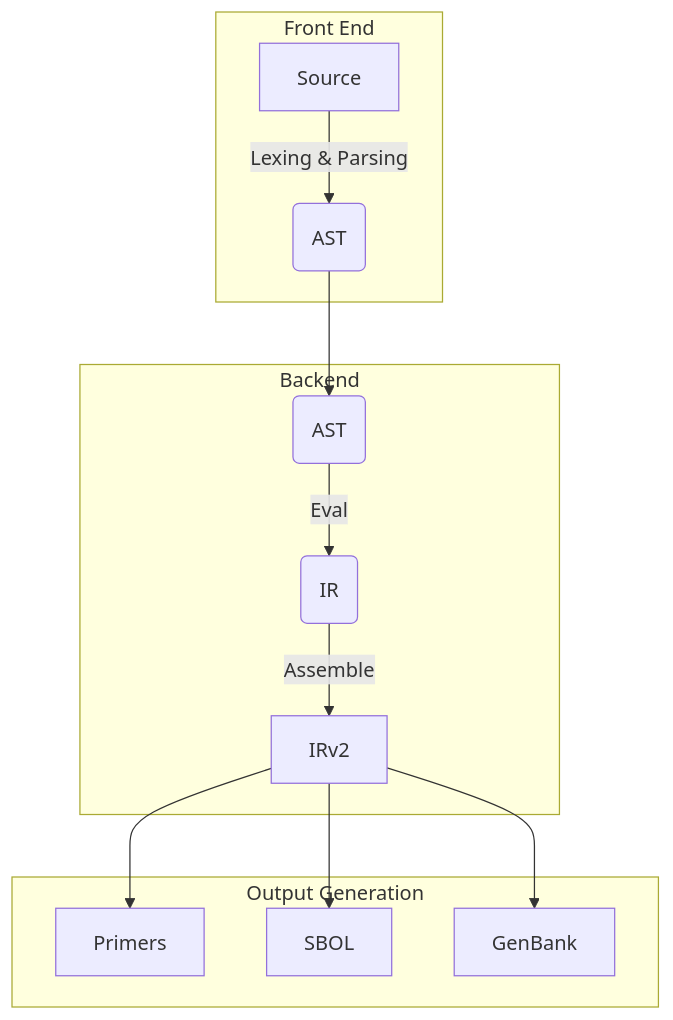
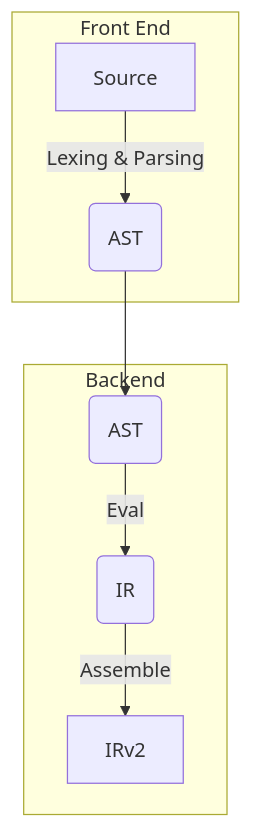
Before and after one commit to rmcl/supergsl: the diagram in docs/source/architecture.rst, drawn with Mermaid. The commit also changed other lines of this file, not shown here.

```diff
--- a/docs/source/architecture.rst
+++ b/docs/source/architecture.rst
@@ -10,18 +28,12 @@
 .. mermaid::
     :align: center
 
     graph TB
         subgraph "Front End"
             A[Source] -->|Lexing & Parsing| B(AST)
         end
         subgraph "Backend"
         B --> C(AST)
         C -->|Eval| D(IR)
         D -->|Assemble| E[IRv2]
         end
-
-        subgraph "Output Generation"
-        E --> F[Primers]
-        E --> G[SBOL]
-        E --> H[GenBank]
-        end
```
